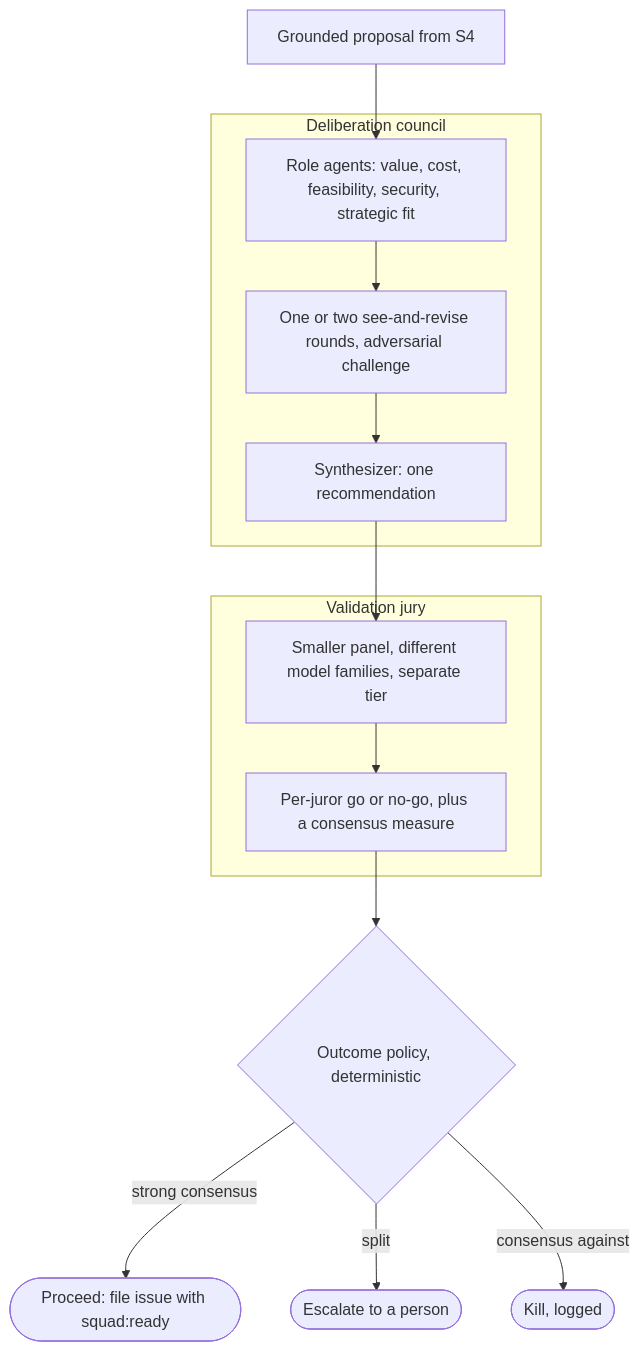
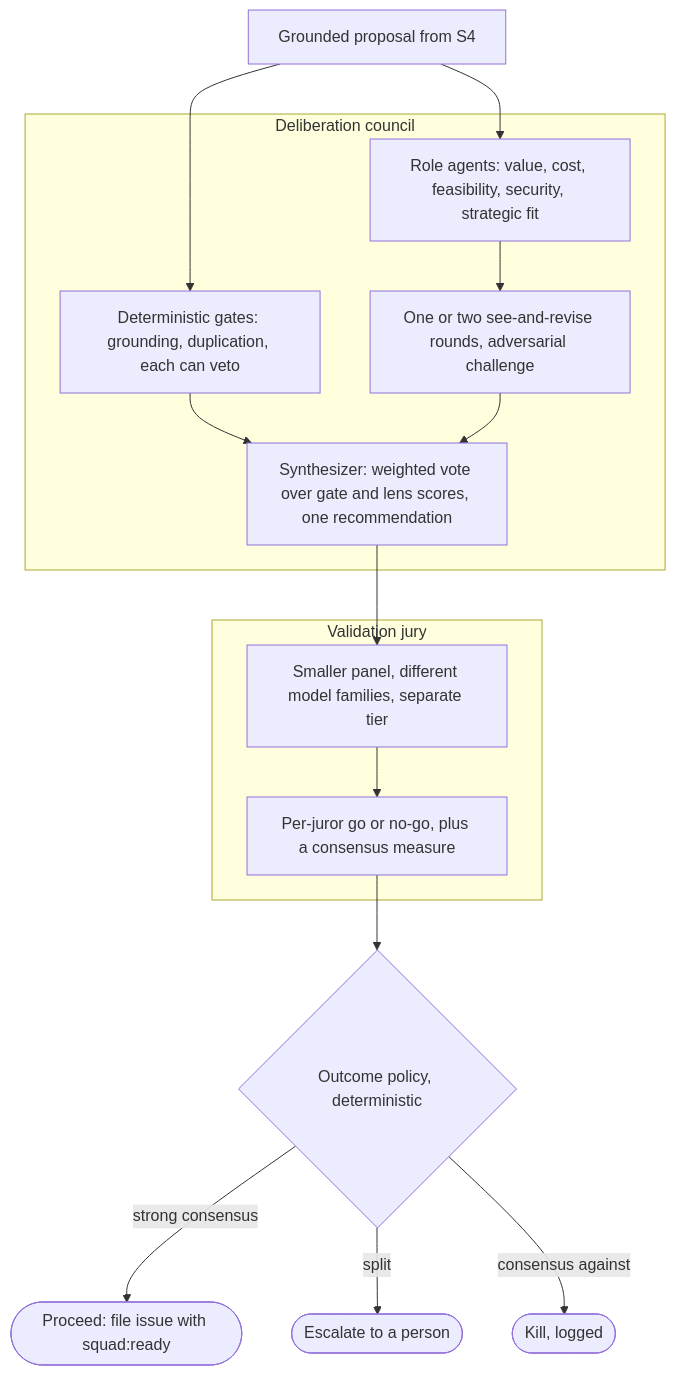
One commit to JoranBergfeld/dark-software-factory changed the diagram in docs/phases/feature-council.md. Above: the diagram before and after it, drawn with Mermaid. The commit also changed other lines of this file and 2 other files, not shown here.

````diff
--- a/docs/phases/feature-council.md
+++ b/docs/phases/feature-council.md
@@ -60,22 +63,25 @@
 ```mermaid
 flowchart TD
-    prop["Grounded proposal from S4"] --> lenses
+    prop["Grounded proposal from S4"] --> gates
+    prop --> lenses
 
     subgraph deliberate [Deliberation council]
+        gates["Deterministic gates: grounding, duplication, each can veto"]
         lenses["Role agents: value, cost, feasibility, security, strategic fit"]
         lenses --> rounds["One or two see-and-revise rounds, adversarial challenge"]
-        rounds --> synth["Synthesizer: one recommendation"]
+        gates --> synth
+        rounds --> synth["Synthesizer: weighted vote over gate and lens scores, one recommendation"]
     end
 
     synth --> panel
 
     subgraph validate [Validation jury]
         panel["Smaller panel, different model families, separate tier"]
         panel --> verdict["Per-juror go or no-go, plus a consensus measure"]
     end
 
     verdict --> policy{"Outcome policy, deterministic"}
     policy -->|strong consensus| proceed(["Proceed: file issue with squad:ready"])
     policy -->|split| escalate(["Escalate to a person"])
     policy -->|consensus against| kill(["Kill, logged"])
 ```
````
